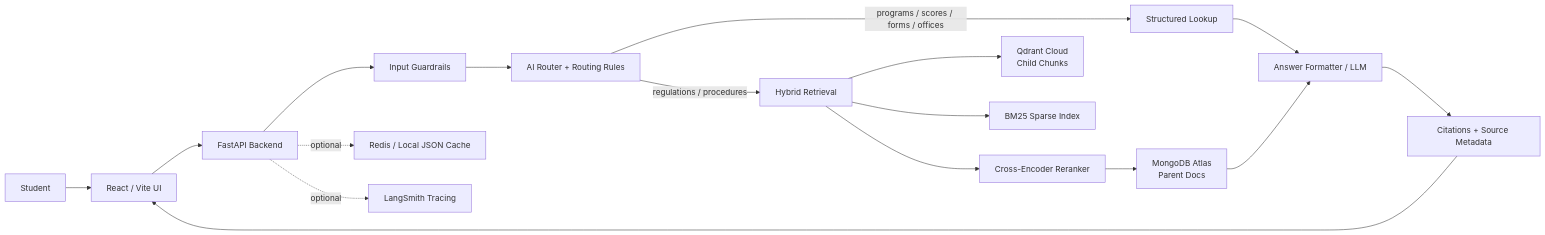
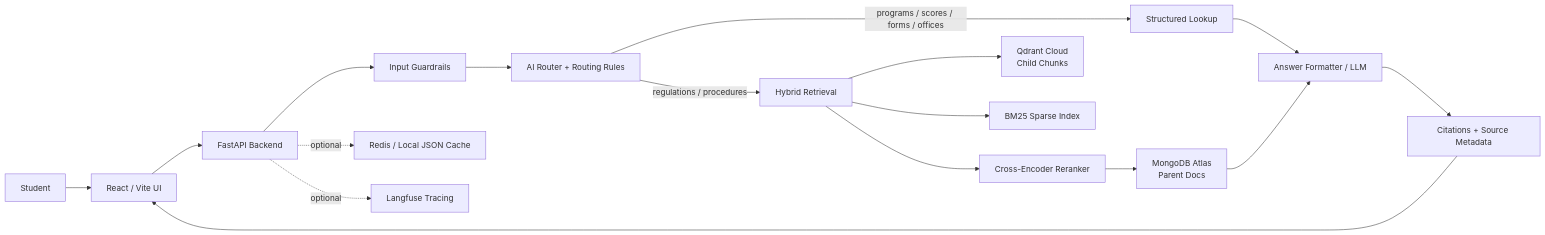
Before and after one commit to AnhPhiNe/student-handbook-rag-chatbot: the first of 3 diagrams in README.md, drawn with Mermaid. The commit also changed other lines of this file and 19 other files, not shown here.

````diff
--- a/README.md
+++ b/README.md
@@ -101,24 +102,24 @@
 ```mermaid
 flowchart LR
     User["Student"] --> Frontend["React / Vite UI"]
     Frontend --> API["FastAPI Backend"]
 
     API --> Guard["Input Guardrails"]
     Guard --> Router["AI Router + Routing Rules"]
 
     Router -->|programs / scores / forms / offices| Lookup["Structured Lookup"]
     Router -->|regulations / procedures| Retrieval["Hybrid Retrieval"]
 
     Retrieval --> Qdrant["Qdrant Cloud\nChild Chunks"]
     Retrieval --> BM25["BM25 Sparse Index"]
     Retrieval --> Reranker["Cross-Encoder Reranker"]
     Reranker --> Mongo["MongoDB Atlas\nParent Docs"]
 
     Lookup --> Answer["Answer Formatter / LLM"]
     Mongo --> Answer
     Answer --> Citation["Citations + Source Metadata"]
     Citation --> Frontend
 
     API -. optional .-> Cache["Redis / Local JSON Cache"]
-    API -. optional .-> Trace["LangSmith Tracing"]
+    API -. optional .-> Trace["Langfuse Tracing"]
 ```
````
